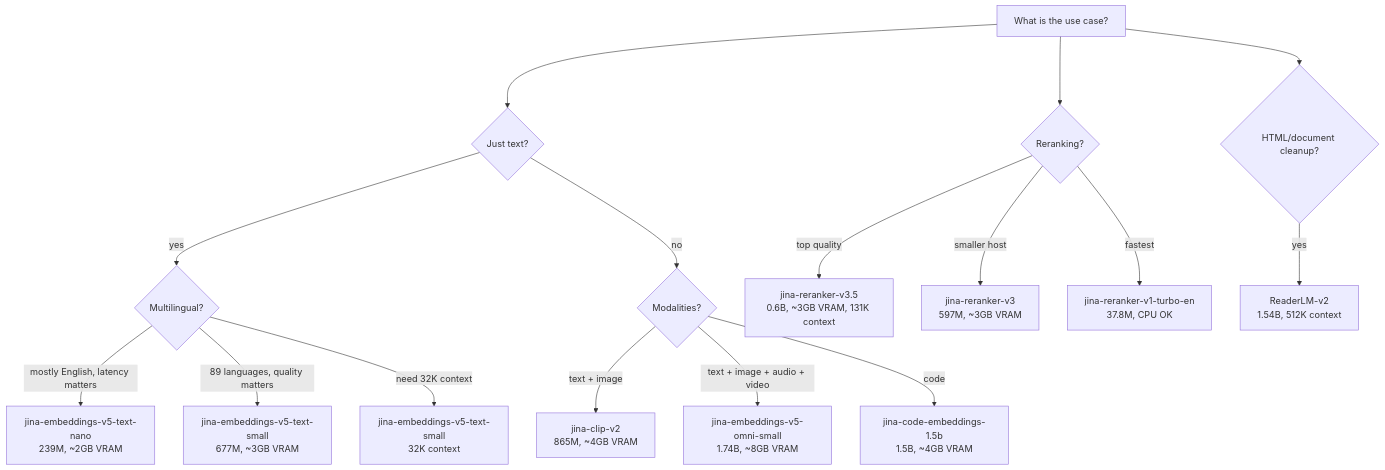
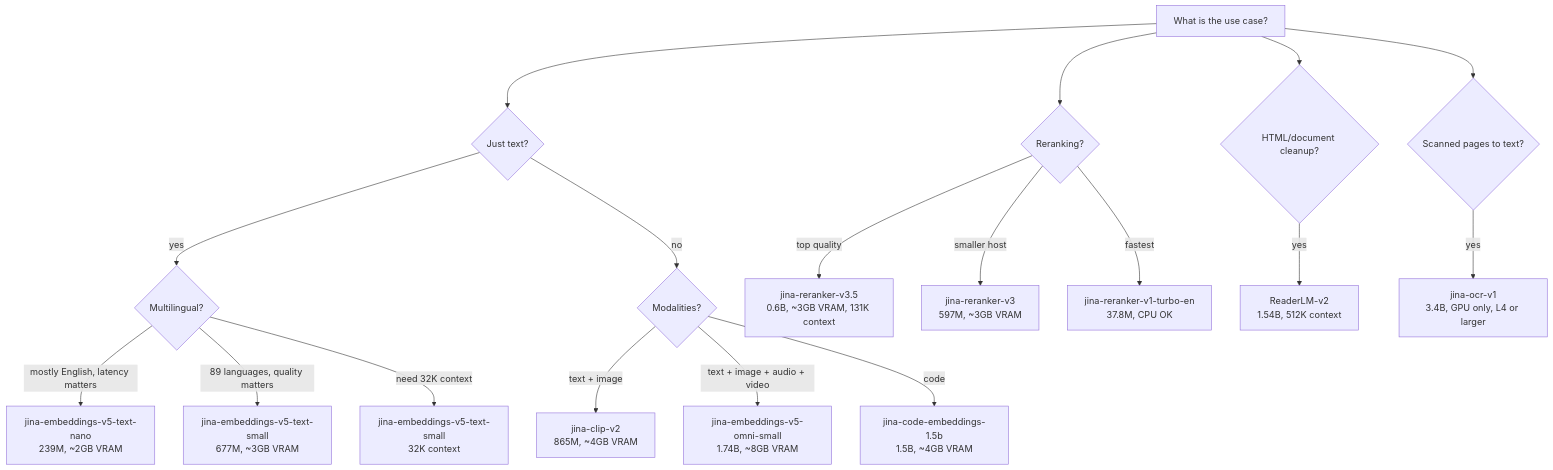
One commit to jina-ai/jina-on-prem changed the first of 2 diagrams in docs/Picking-A-Model.md. Above: the diagram before and after it, drawn with Mermaid. The commit also changed other lines of this file and 15 other files, not shown here.

Commit message:
docs: describe jina-ocr-v1 across the README and wiki, with its olmOCR-Bench throughput and accuracy, and let list --type ocr filter for it

````diff
--- a/docs/Picking-A-Model.md
+++ b/docs/Picking-A-Model.md
@@ -3,30 +3,34 @@
 ```mermaid
 flowchart TD
     A[What is the use case?] --> B{Just text?}
     B -- yes --> C{Multilingual?}
     B -- no --> D{Modalities?}
     C -- mostly English, latency matters --> M1[jina-embeddings-v5-text-nano
 239M, ~2GB VRAM]
     C -- 89 languages, quality matters --> M2[jina-embeddings-v5-text-small
 677M, ~3GB VRAM]
     C -- need 32K context --> M3[jina-embeddings-v5-text-small
 32K context]
     D -- text + image --> M4[jina-clip-v2
 865M, ~4GB VRAM]
     D -- text + image + audio + video --> M5[jina-embeddings-v5-omni-small
 1.74B, ~8GB VRAM]
     D -- code --> M6[jina-code-embeddings-1.5b
 1.5B, ~4GB VRAM]
 
     A --> E{Reranking?}
     E -- top quality --> R1[jina-reranker-v3.5
 0.6B, ~3GB VRAM, 131K context]
     E -- smaller host --> R3[jina-reranker-v3
 597M, ~3GB VRAM]
     E -- fastest --> R2[jina-reranker-v1-turbo-en
 37.8M, CPU OK]
 
     A --> F{HTML/document cleanup?}
     F -- yes --> RD1[ReaderLM-v2
 1.54B, 512K context]
+
+    A --> G{Scanned pages to text?}
+    G -- yes --> OCR1[jina-ocr-v1
+3.4B, GPU only, L4 or larger]
 ```
````
